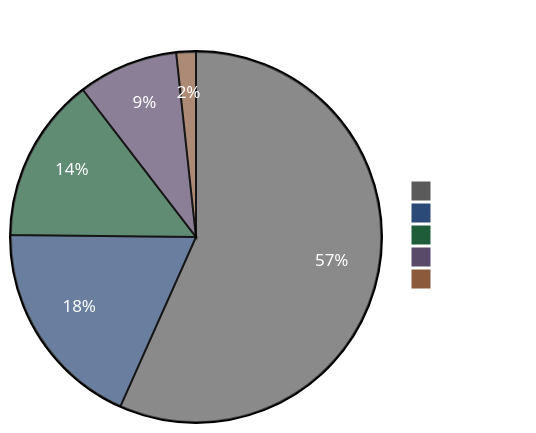
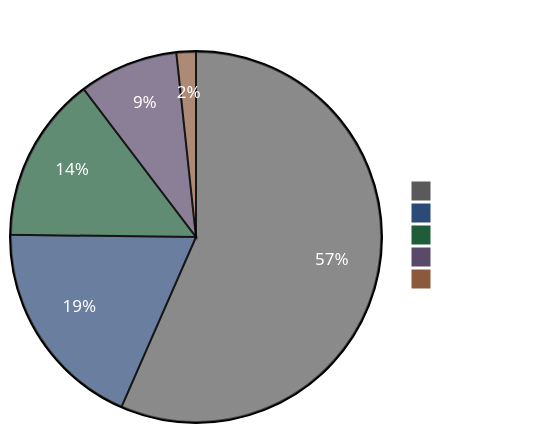
The diagram in README.md (ccmeteorljh/reco-arxiv-daily), drawn with Mermaid before and after one commit. The commit also changed other lines of this file and 7 other files, not shown here.

````diff
--- a/README.md
+++ b/README.md
@@ -6,19 +6,19 @@
 ```mermaid
 %%{init: {'theme':'base', 'themeVariables': {
   'pie1':'#5a5a5a',
   'pie2':'#2c4a78',
   'pie3':'#1e5c3a',
   'pie4':'#5a4a6a',
   'pie5':'#8b5a3c',
   'pieTitleTextColor':'#ffffff',
   'pieSectionTextColor':'#ffffff',
   'pieLegendTextColor':'#ffffff'
 }}}%%
 pie showData
 title Paper Distribution by Tag
-  "Other" : 598
-  "LLM" : 195
-  "GR" : 152
+  "Other" : 602
+  "LLM" : 198
+  "GR" : 154
   "Seq" : 92
   "Scaling" : 18
 ```
````
